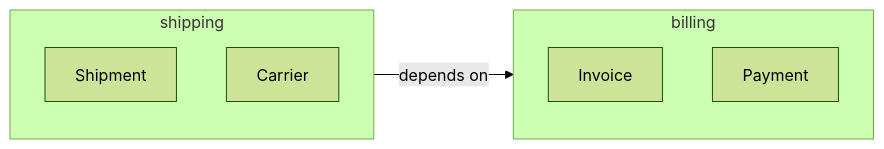
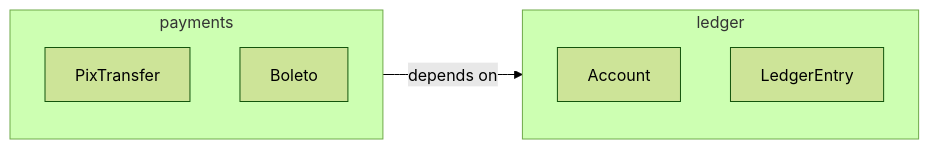
Before and after one commit to alancesar/design-patterns: the diagram in i18n/en/docusaurus-plugin-content-docs/current/design/ddd/building-blocks/module.md, drawn with Mermaid (forest theme). The commit also changed other lines of this file and 67 other files, not shown here.

First line of the commit message:
Switch DDD examples and diagrams to fintech scenarios

````diff
--- a/i18n/en/docusaurus-plugin-content-docs/current/design/ddd/building-blocks/module.md
+++ b/i18n/en/docusaurus-plugin-content-docs/current/design/ddd/building-blocks/module.md
@@ -52,12 +52,12 @@
 ```mermaid
 flowchart LR
-    subgraph Shipping["shipping"]
-        S1["Shipment"]
-        S2["Carrier"]
+    subgraph Payments["payments"]
+        P1["PixTransfer"]
+        P2["Boleto"]
     end
-    subgraph Billing["billing"]
-        B1["Invoice"]
-        B2["Payment"]
+    subgraph Ledger["ledger"]
+        L1["Account"]
+        L2["LedgerEntry"]
     end
-    Shipping -->|"depends on"| Billing
+    Payments -->|"depends on"| Ledger
 ```
````
